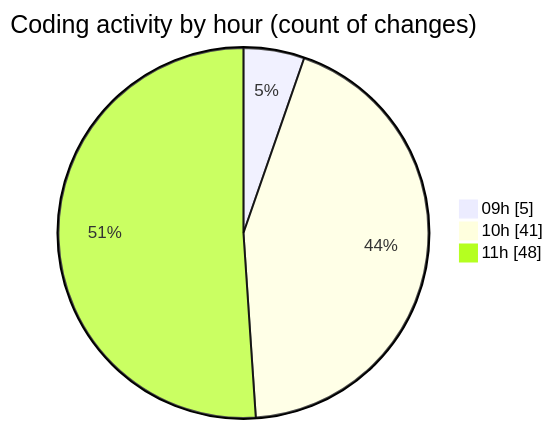
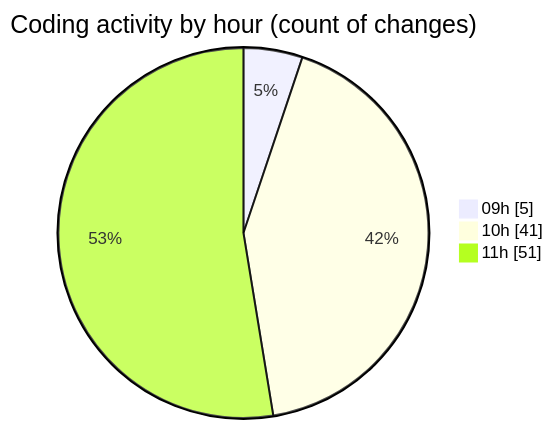
The second of 2 diagrams in 2026-04-27/cda/README.md (momahboobian/code-tracking), drawn with Mermaid before and after one commit. The commit also changed other lines of this file and 1 other file, not shown here.

````diff
--- a/2026-04-27/cda/README.md
+++ b/2026-04-27/cda/README.md
@@ -48,7 +48,7 @@
 ```mermaid
 pie showData
 title Coding activity by hour (count of changes)
 "09h" : 5
 "10h" : 41
-"11h" : 48
+"11h" : 51
 ```
````
